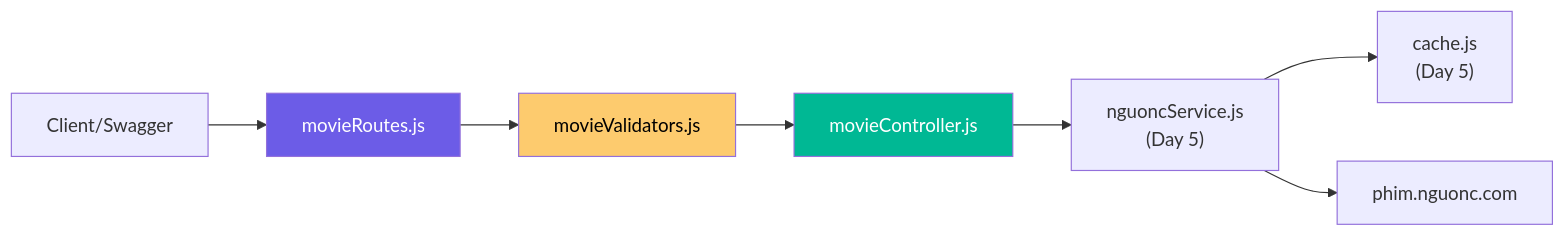
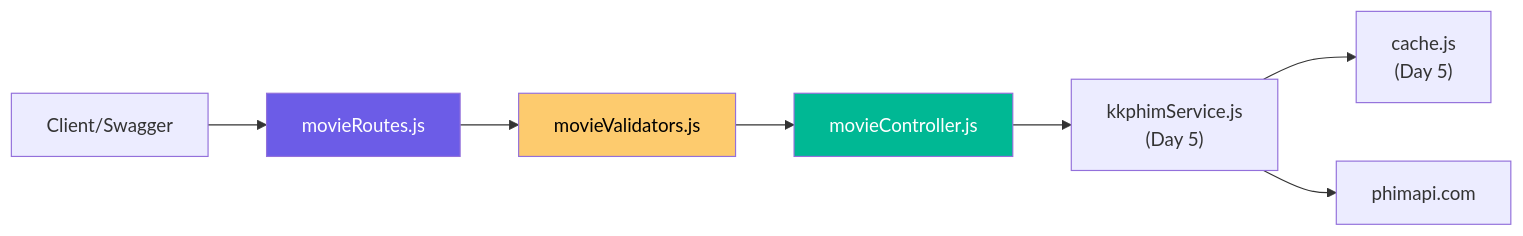
Before and after one commit to nan-ntn36/anime3d-chill: the first of 3 diagrams in document/phase-2/day06-movie-routes-code.md, drawn with Mermaid. The commit also changed other lines of this file and 29 other files, not shown here.

````diff
--- a/document/phase-2/day06-movie-routes-code.md
+++ b/document/phase-2/day06-movie-routes-code.md
@@ -11,13 +11,13 @@
 ```mermaid
 graph LR
     C[Client/Swagger] --> R[movieRoutes.js]
     R --> V[movieValidators.js]
     V --> Ctrl[movieController.js]
-    Ctrl --> Svc["nguoncService.js<br/>(Day 5)"]
+    Ctrl --> Svc["kkphimService.js<br/>(Day 5)"]
     Svc --> Cache["cache.js<br/>(Day 5)"]
-    Svc --> API["phim.nguonc.com"]
+    Svc --> API["phimapi.com"]
 
     style R fill:#6c5ce7,color:#fff
     style V fill:#fdcb6e,color:#000
     style Ctrl fill:#00b894,color:#fff
 ```
````
